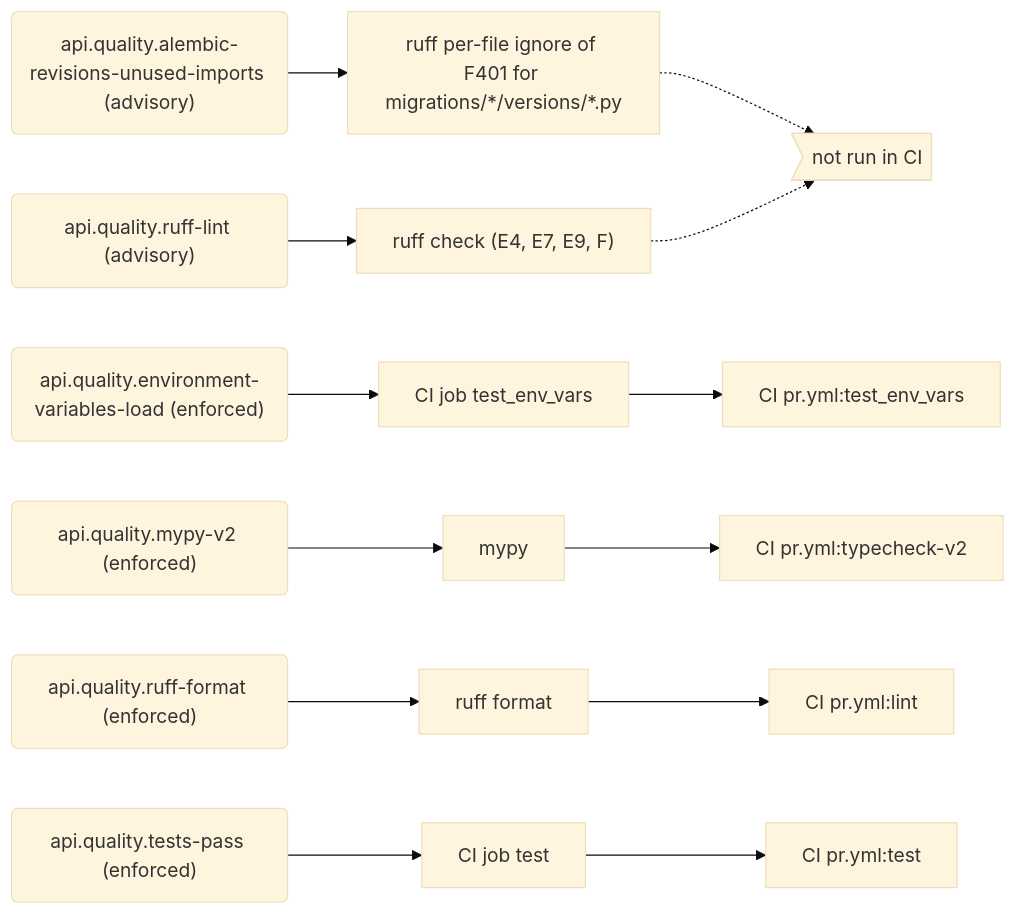
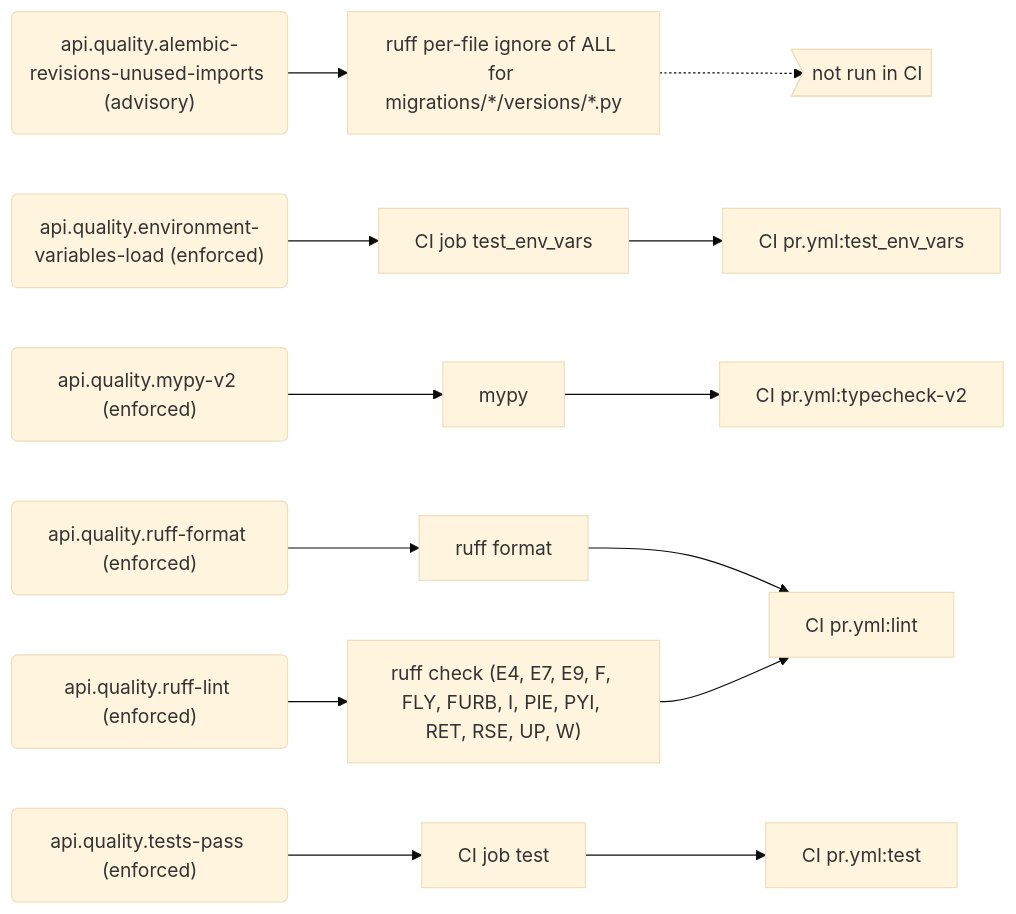
One commit to PolicyEngine/policyengine-api changed the sixth of 9 diagrams in docs/generated/rules.md. Above: the diagram before and after it, drawn with Mermaid (base theme). The commit also changed other lines of this file and 5 other files, not shown here.

First line of the commit message:
Run ruff check in CI and enforce the lint rule

````diff
--- a/docs/generated/rules.md
+++ b/docs/generated/rules.md
@@ -275,32 +274,32 @@
 ```mermaid
 flowchart LR
   r_api_quality_alembic_revisions_unused_imports("api.quality.alembic-revisions-unused-imports (advisory)")
-  e_ruff_per_file_ignore_of_F401_for_migrations___versions___py["ruff per-file ignore of F401 for migrations/*/versions/*.py"]
+  e_ruff_per_file_ignore_of_ALL_for_migrations___versions___py["ruff per-file ignore of ALL for migrations/*/versions/*.py"]
   local_only>"not run in CI"]
   r_api_quality_environment_variables_load("api.quality.environment-variables-load (enforced)")
   e_CI_job_test_env_vars["CI job test_env_vars"]
   j_CI_pr_yml_test_env_vars["CI pr.yml:test_env_vars"]
   r_api_quality_mypy_v2("api.quality.mypy-v2 (enforced)")
   e_mypy["mypy"]
   j_CI_pr_yml_typecheck_v2["CI pr.yml:typecheck-v2"]
   r_api_quality_ruff_format("api.quality.ruff-format (enforced)")
   e_ruff_format["ruff format"]
   j_CI_pr_yml_lint["CI pr.yml:lint"]
-  r_api_quality_ruff_lint("api.quality.ruff-lint (advisory)")
-  e_ruff_check__E4__E7__E9__F_["ruff check (E4, E7, E9, F)"]
+  r_api_quality_ruff_lint("api.quality.ruff-lint (enforced)")
+  e_ruff_check__E4__E7__E9__F__FLY__FURB__I__PIE__PYI__RET__RSE__UP__W_["ruff check (E4, E7, E9, F, FLY, FURB, I, PIE, PYI, RET, RSE, UP, W)"]
   r_api_quality_tests_pass("api.quality.tests-pass (enforced)")
   e_CI_job_test["CI job test"]
   j_CI_pr_yml_test["CI pr.yml:test"]
-  r_api_quality_alembic_revisions_unused_imports --> e_ruff_per_file_ignore_of_F401_for_migrations___versions___py
-  e_ruff_per_file_ignore_of_F401_for_migrations___versions___py -.-> local_only
+  r_api_quality_alembic_revisions_unused_imports --> e_ruff_per_file_ignore_of_ALL_for_migrations___versions___py
+  e_ruff_per_file_ignore_of_ALL_for_migrations___versions___py -.-> local_only
   r_api_quality_environment_variables_load --> e_CI_job_test_env_vars
   e_CI_job_test_env_vars --> j_CI_pr_yml_test_env_vars
   r_api_quality_mypy_v2 --> e_mypy
   e_mypy --> j_CI_pr_yml_typecheck_v2
   r_api_quality_ruff_format --> e_ruff_format
   e_ruff_format --> j_CI_pr_yml_lint
-  r_api_quality_ruff_lint --> e_ruff_check__E4__E7__E9__F_
-  e_ruff_check__E4__E7__E9__F_ -.-> local_only
+  r_api_quality_ruff_lint --> e_ruff_check__E4__E7__E9__F__FLY__FURB__I__PIE__PYI__RET__RSE__UP__W_
+  e_ruff_check__E4__E7__E9__F__FLY__FURB__I__PIE__PYI__RET__RSE__UP__W_ --> j_CI_pr_yml_lint
   r_api_quality_tests_pass --> e_CI_job_test
   e_CI_job_test --> j_CI_pr_yml_test
 ```
````
